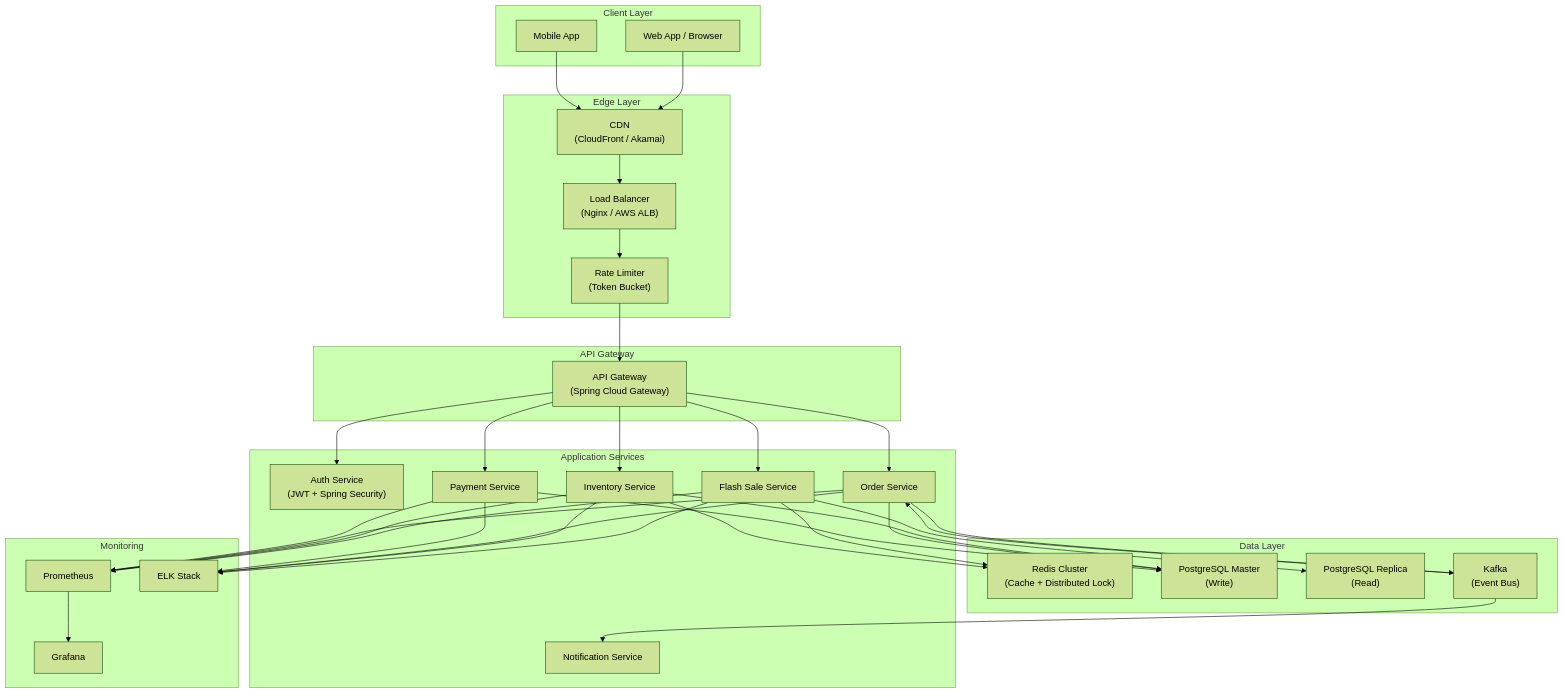
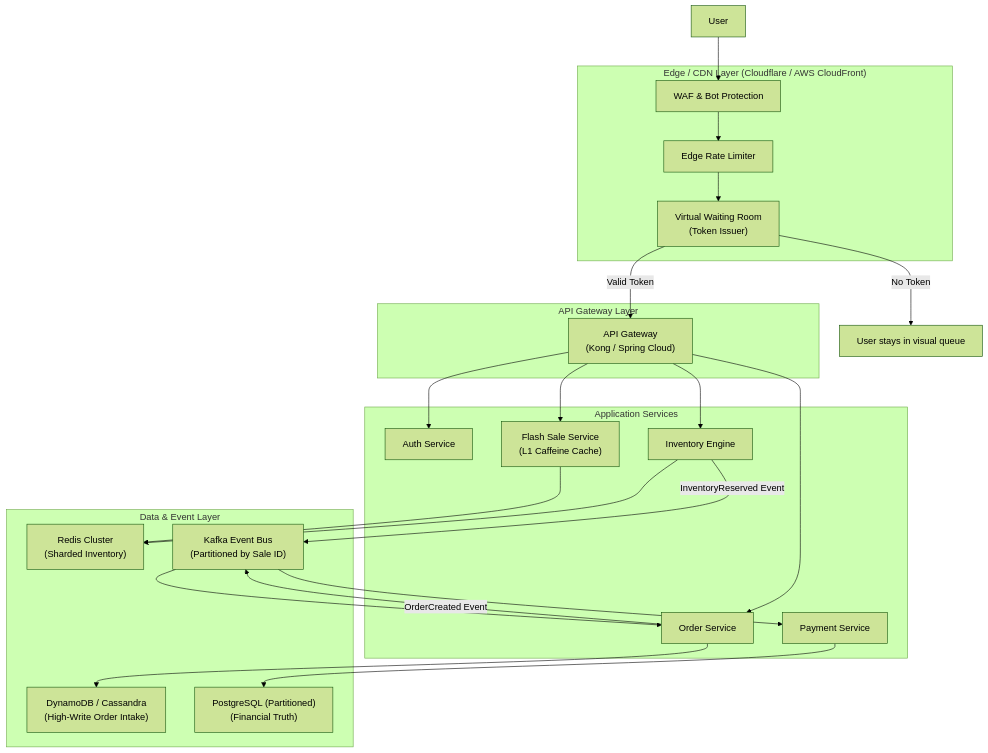
Before and after one commit to ravipandya15/System_Design_Concepts: the first of 2 diagrams in Design_Flash_Sale/HLD.md, drawn with Mermaid (forest theme). The commit also changed other lines of this file and 4 other files, not shown here.

Commit message:
HLD Changes for Flash sale

````diff
--- a/Design_Flash_Sale/HLD.md
+++ b/Design_Flash_Sale/HLD.md
@@ -68,60 +18,47 @@
 ```mermaid
 graph TB
-    subgraph "Client Layer"
-        WEB["Web App / Browser"]
-        MOB["Mobile App"]
+    subgraph "Edge / CDN Layer (Cloudflare / AWS CloudFront)"
+        WAF["WAF & Bot Protection"]
+        EDGE_RL["Edge Rate Limiter"]
+        VWR["Virtual Waiting Room<br/>(Token Issuer)"]
     end
 
-    subgraph "Edge Layer"
-        CDN["CDN<br/>(CloudFront / Akamai)"]
-        LB["Load Balancer<br/>(Nginx / AWS ALB)"]
-        RL["Rate Limiter<br/>(Token Bucket)"]
-    end
-
-    subgraph "API Gateway"
-        GW["API Gateway<br/>(Spring Cloud Gateway)"]
+    subgraph "API Gateway Layer"
+        GW["API Gateway<br/>(Kong / Spring Cloud)"]
     end
 
     subgraph "Application Services"
-        AUTH["Auth Service<br/>(JWT + Spring Security)"]
-        FS["Flash Sale Service"]
-        INV["Inventory Service"]
+        AUTH["Auth Service"]
+        FS["Flash Sale Service<br/>(L1 Caffeine Cache)"]
+        INV["Inventory Engine"]
         ORD["Order Service"]
         PAY["Payment Service"]
-        NOTIF["Notification Service"]
     end
 
-    subgraph "Data Layer"
-        REDIS["Redis Cluster<br/>(Cache + Distributed Lock)"]
-        PG_MASTER["PostgreSQL Master<br/>(Write)"]
-        PG_REPLICA["PostgreSQL Replica<br/>(Read)"]
-        KAFKA["Kafka<br/>(Event Bus)"]
+    subgraph "Data & Event Layer"
+        REDIS["Redis Cluster<br/>(Sharded Inventory)"]
+        KAFKA["Kafka Event Bus<br/>(Partitioned by Sale ID)"]
+        DB_NO["DynamoDB / Cassandra<br/>(High-Write Order Intake)"]
+        DB_SQL["PostgreSQL (Partitioned)<br/>(Financial Truth)"]
     end
 
-    subgraph "Monitoring"
-        PROM["Prometheus"]
-        GRAF["Grafana"]
-        ELK["ELK Stack"]
-    end
-
-    WEB & MOB --> CDN --> LB --> RL --> GW
+    User --> WAF --> EDGE_RL --> VWR
+    VWR -- Valid Token --> GW
+    VWR -- No Token --> Queue["User stays in visual queue"]
+    
     GW --> AUTH
     GW --> FS
     GW --> INV
     GW --> ORD
-    GW --> PAY
 
     FS --> REDIS
-    FS --> PG_REPLICA
     INV --> REDIS
-    INV --> PG_MASTER
-    ORD --> PG_MASTER
-    ORD --> KAFKA
-    PAY --> PG_MASTER
-    KAFKA --> NOTIF
+    INV -- "InventoryReserved Event" --> KAFKA
+    
     KAFKA --> ORD
-
-    FS & INV & ORD & PAY --> PROM
-    PROM --> GRAF
-    FS & INV & ORD & PAY --> ELK
+    ORD --> DB_NO
+    ORD -- "OrderCreated Event" --> KAFKA
+    
+    KAFKA --> PAY
+    PAY --> DB_SQL
 ```
````
